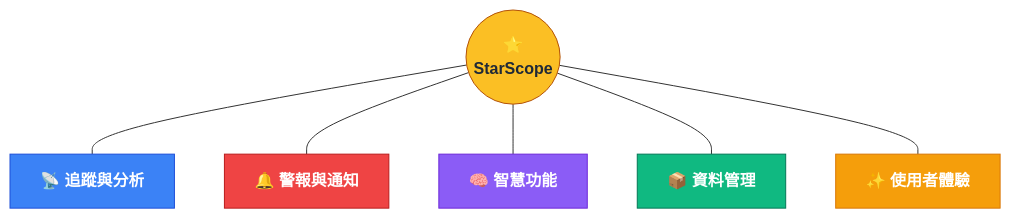
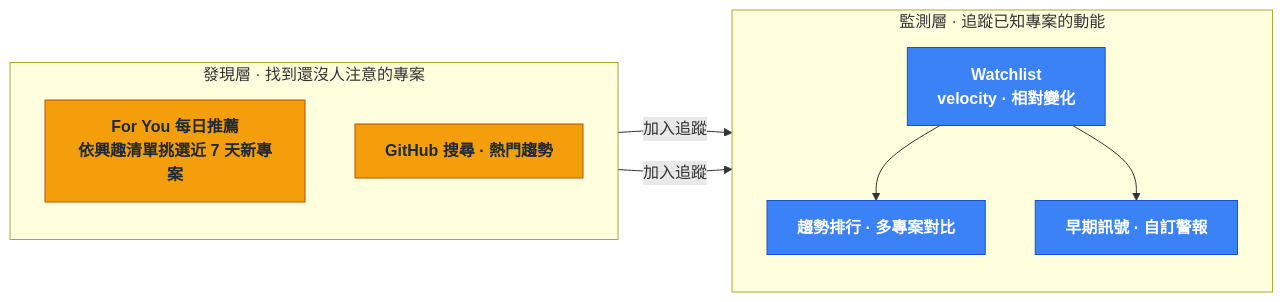
One commit to Neal75418/StarScope changed the first of 2 diagrams in README.md. Above: the diagram before and after it, drawn with Mermaid. The commit also changed other lines of this file and 1 other file, not shown here.

First paragraph of the commit message:
docs: 修正三張架構圖的內容錯誤與寬扁比例
三張圖逐一對照原始碼查證，兩個是實質缺陷、一個是形狀問題、一個是圖本身
沒有存在理由。

````diff
--- a/README.md
+++ b/README.md
@@ -34,23 +36,25 @@
 ```mermaid
-graph TB
-    Root(("⭐<br/><b>StarScope</b>"))
-    Root --- Track["📡 追蹤與分析"]
-    Root --- Alert["🔔 警報與通知"]
-    Root --- Smart["🧠 智慧功能"]
-    Root --- Data["📦 資料管理"]
-    Root --- UX["✨ 使用者體驗"]
+graph LR
+    subgraph D["發現層 · 找到還沒人注意的專案"]
+        direction TB
+        Feed["For You 每日推薦<br/>依興趣清單挑選近 7 天新專案"]
+        Search["GitHub 搜尋 · 熱門趨勢"]
+    end
 
-    classDef root fill:#fbbf24,stroke:#b45309,color:#1f2937,font-weight:bold,font-size:16px
-    classDef track fill:#3b82f6,stroke:#1d4ed8,color:#fff,font-weight:bold
-    classDef alert fill:#ef4444,stroke:#b91c1c,color:#fff,font-weight:bold
-    classDef smart fill:#8b5cf6,stroke:#6d28d9,color:#fff,font-weight:bold
-    classDef data fill:#10b981,stroke:#047857,color:#fff,font-weight:bold
-    classDef ux fill:#f59e0b,stroke:#d97706,color:#fff,font-weight:bold
+    subgraph M["監測層 · 追蹤已知專案的動能"]
+        direction TB
+        Watch["Watchlist<br/>velocity · 相對變化"]
+        Trend["趨勢排行 · 多專案對比"]
+        Signal["早期訊號 · 自訂警報"]
+    end
 
-    class Root root
-    class Track track
-    class Alert alert
-    class Smart smart
-    class Data data
-    class UX ux
+    Feed -->|"加入追蹤"| Watch
+    Search -->|"加入追蹤"| Watch
+    Watch --> Trend
+    Watch --> Signal
+
+    classDef discover fill:#f59e0b,stroke:#b45309,color:#1f2937,font-weight:bold
+    classDef monitor fill:#3b82f6,stroke:#1d4ed8,color:#fff,font-weight:bold
+    class Feed,Search discover
+    class Watch,Trend,Signal monitor
 ```
````
